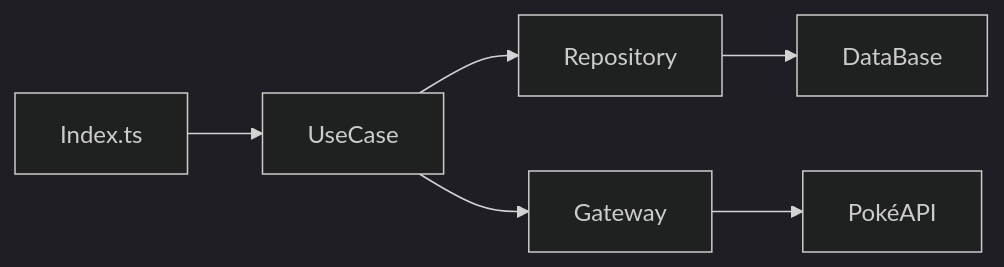
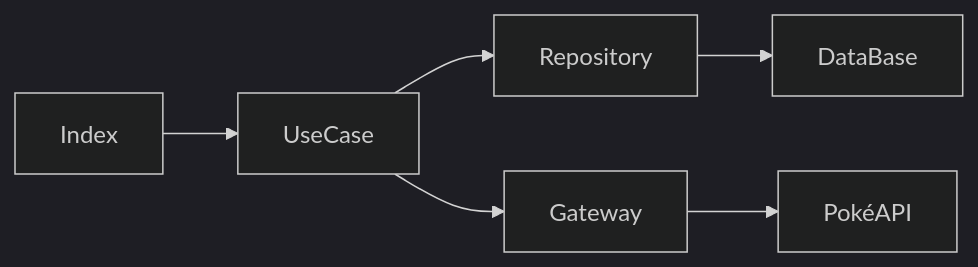
The diagram in slides_content/typescript-avancee.md (FBerthelot/berthelot.io), drawn with Mermaid (dark theme) before and after one commit. The commit also changed 835 other files, not shown here.

````diff
--- a/slides_content/typescript-avancee.md
+++ b/slides_content/typescript-avancee.md
@@ -455,8 +455,8 @@
 ```mermaid
 flowchart LR
-    Index.ts-->UseCase
+    Index-->UseCase
     UseCase-->Repository
     UseCase-->Gateway
     Repository-->DataBase
     Gateway-->PokéAPI
 ```
````
